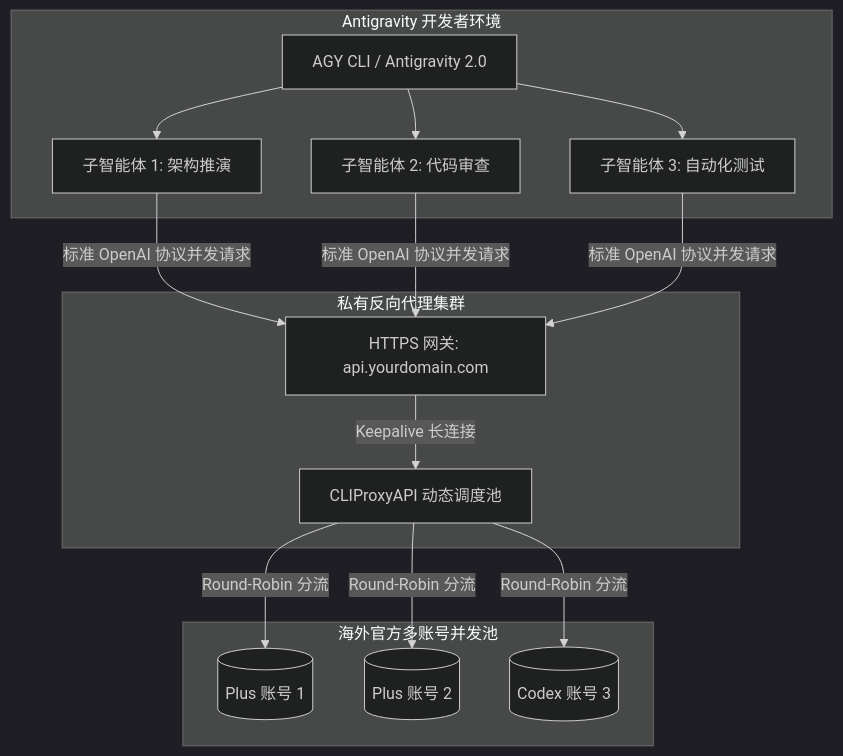
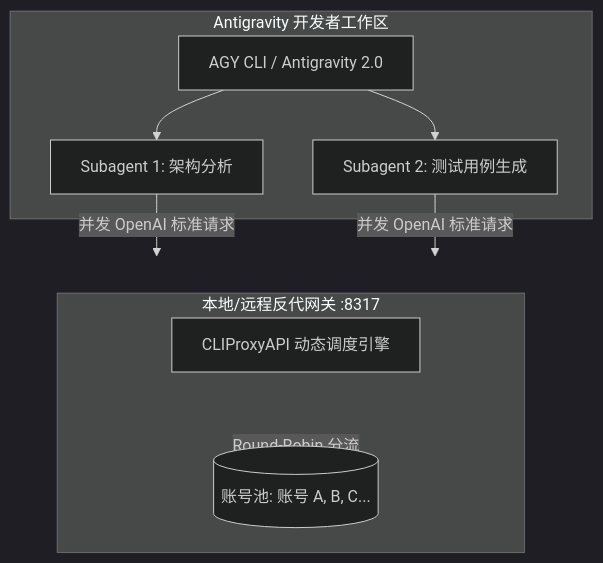
The second of 2 diagrams in docs/source/courses/ai_reverse_proxy_and_account_pool/stage7_agy_and_miniapp_integration/01_antigravity_agy_integration.md (ponyletter/py310sphinx_knowledge), drawn with Mermaid (dark theme) before and after one commit. The commit also changed other lines of this file and 4 other files, not shown here.

````diff
--- a/docs/source/courses/ai_reverse_proxy_and_account_pool/stage7_agy_and_miniapp_integration/01_antigravity_agy_integration.md
+++ b/docs/source/courses/ai_reverse_proxy_and_account_pool/stage7_agy_and_miniapp_integration/01_antigravity_agy_integration.md
@@ -13,27 +98,17 @@
 ```mermaid
 flowchart TD
-    subgraph AGYEnvironment [Antigravity 开发者环境]
+    subgraph AGYEnvironment [Antigravity 开发者工作区]
         AGYCore[AGY CLI / Antigravity 2.0]
-        SubAgent1[子智能体 1: 架构推演]
-        SubAgent2[子智能体 2: 代码审查]
-        SubAgent3[子智能体 3: 自动化测试]
+        SubAgent1[Subagent 1: 架构分析]
+        SubAgent2[Subagent 2: 测试用例生成]
     end
 
-    subgraph CustomGateway [私有反向代理集群]
-        NginxTLS[HTTPS 网关: api.yourdomain.com]
-        CPA[CLIProxyAPI 动态调度池]
+    subgraph LocalCPA [本地/远程反代网关 :8317]
+        CPA[CLIProxyAPI 动态调度引擎]
+        Pool[(账号池: 账号 A, B, C...)]
     end
 
-    subgraph AccountPool [海外官方多账号并发池]
-        Acc1[(Plus 账号 1)]
-        Acc2[(Plus 账号 2)]
-        Acc3[(Codex 账号 3)]
-    end
-
-    AGYCore --> SubAgent1 & SubAgent2 & SubAgent3
-    SubAgent1 & SubAgent2 & SubAgent3 -->|标准 OpenAI 协议并发请求| NginxTLS
-    NginxTLS -->|Keepalive 长连接| CPA
-    CPA -->|Round-Robin 分流| Acc1
-    CPA -->|Round-Robin 分流| Acc2
-    CPA -->|Round-Robin 分流| Acc3
+    AGYCore --> SubAgent1 & SubAgent2
+    SubAgent1 & SubAgent2 -->|并发 OpenAI 标准请求| LocalCPA
+    LocalCPA -->|Round-Robin 分流| Pool
 ```
````
